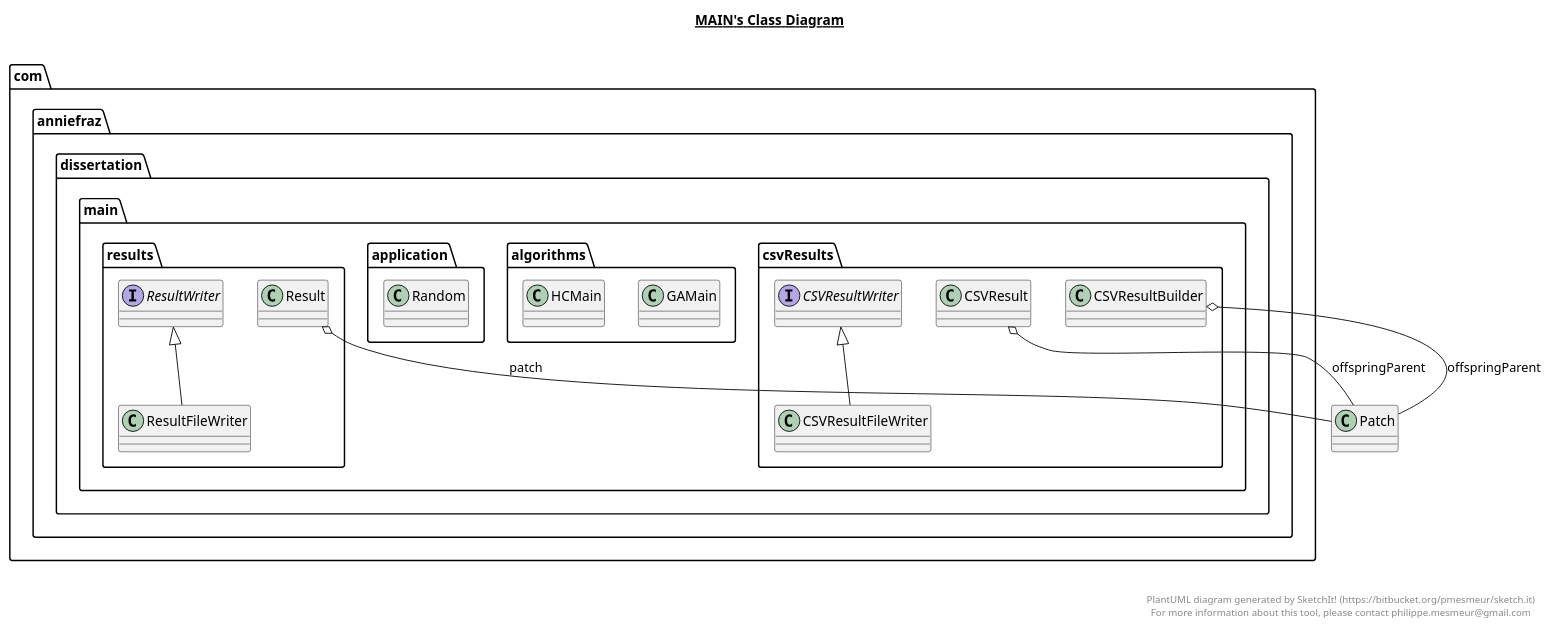
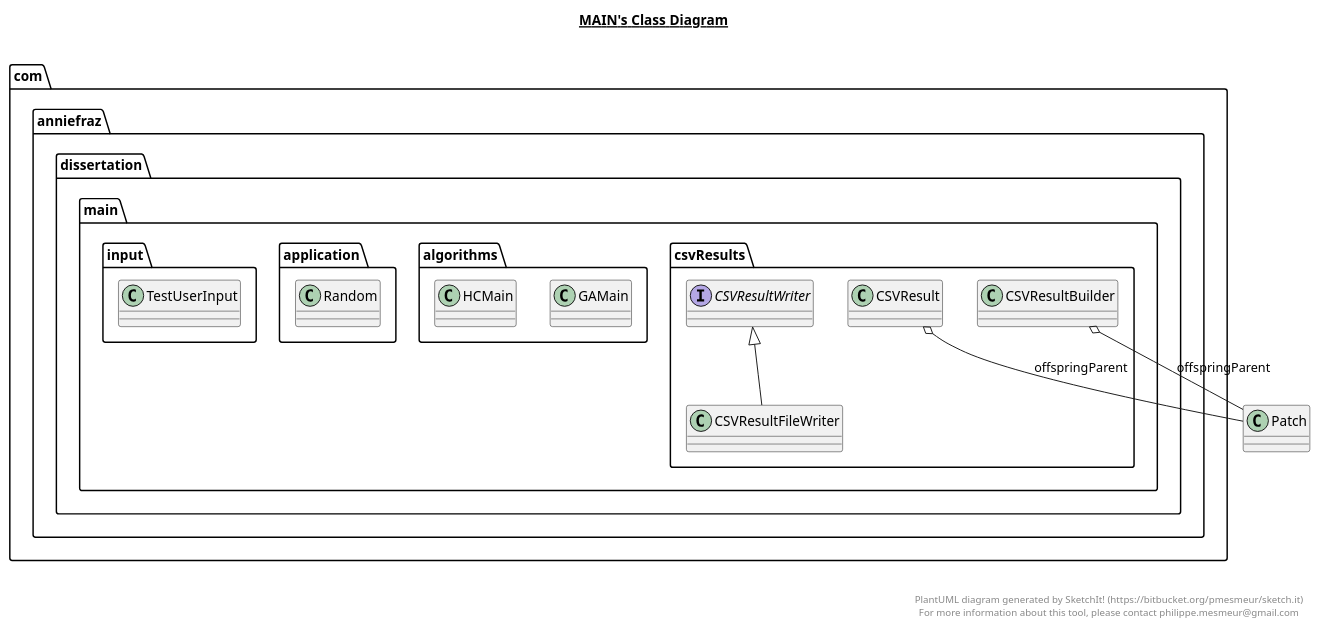
The diagram in main/main.plantuml (AnnieFraz/GIN), drawn with PlantUML before and after one commit. The commit also changed 41 other files, not shown here.

```diff
--- a/main/main.plantuml
+++ b/main/main.plantuml
@@ -1,79 +1,65 @@
 @startuml
 
 title __MAIN's Class Diagram__\n
 
   package com.anniefraz.dissertation.main.csvResults {
     class CSVResult {
     }
   }
   
 
   package com.anniefraz.dissertation.main.csvResults {
     class CSVResultBuilder {
     }
   }
   
 
   package com.anniefraz.dissertation.main.csvResults {
     class CSVResultFileWriter {
     }
   }
   
 
   package com.anniefraz.dissertation.main.csvResults {
     interface CSVResultWriter {
     }
   }
   
 
   package com.anniefraz.dissertation.main.algorithms {
     class GAMain {
     }
   }
   
 
   package com.anniefraz.dissertation.main.algorithms {
     class HCMain {
     }
   }
   
 
   package com.anniefraz.dissertation.main.application {
     class Random {
     }
   }
   
 
-  package com.anniefraz.dissertation.main.results {
-    class Result {
-    }
-  }
-  
-
-  package com.anniefraz.dissertation.main.results {
-    class ResultFileWriter {
-    }
-  }
-  
-
-  package com.anniefraz.dissertation.main.results {
-    interface ResultWriter {
+  package com.anniefraz.dissertation.main.input {
+    class TestUserInput {
     }
   }
   
 
   CSVResult o-- Patch : offspringParent
   CSVResultBuilder o-- Patch : offspringParent
   CSVResultFileWriter -up-|> CSVResultWriter
-  Result o-- Patch : patch
-  ResultFileWriter -up-|> ResultWriter
 
 
 right footer
 
 
 PlantUML diagram generated by SketchIt! (https://bitbucket.org/pmesmeur/sketch.it)
 For more information about this tool, please contact philippe.mesmeur@gmail.com
 endfooter
 
 @enduml
```
